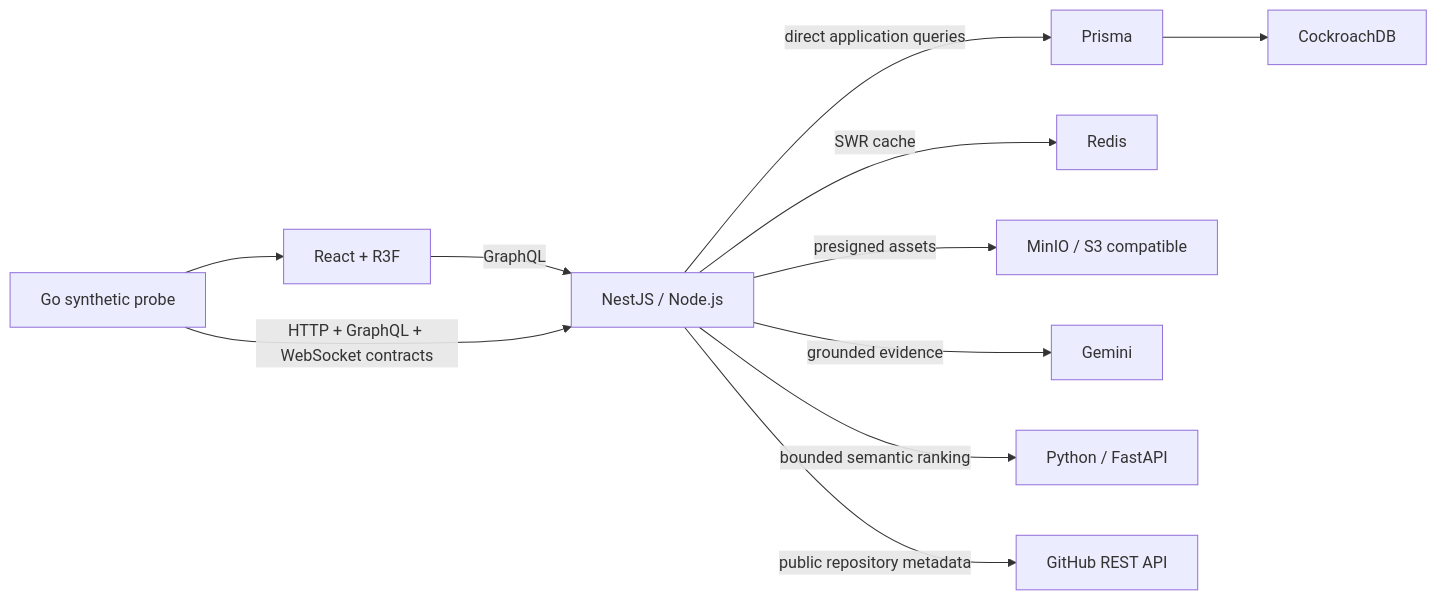
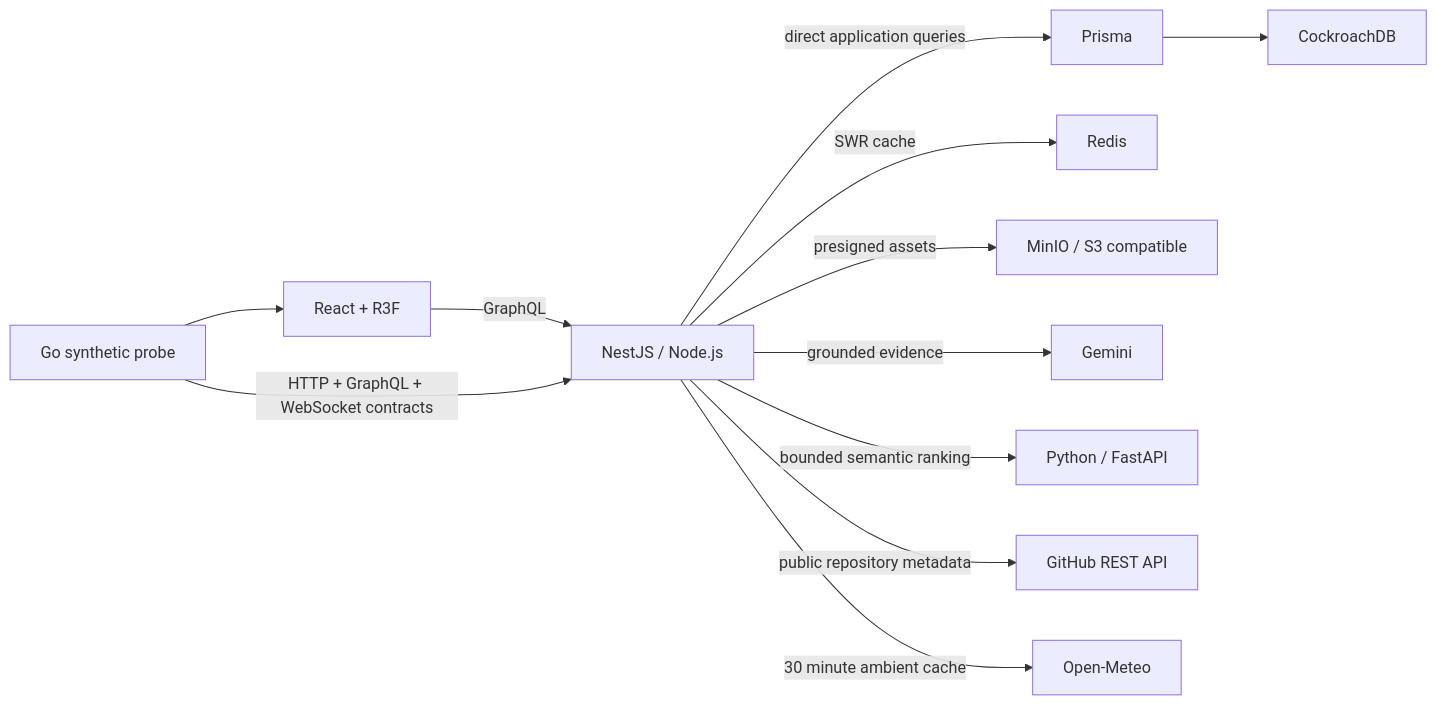
The diagram in docs/architecture/overview.md (Sskutushev/sskutushev-site), drawn with Mermaid before and after one commit. The commit also changed other lines of this file and 13 other files, not shown here.

````diff
--- a/docs/architecture/overview.md
+++ b/docs/architecture/overview.md
@@ -3,13 +3,14 @@
 ```mermaid
 flowchart LR
   Browser[React + R3F] -->|GraphQL| API[NestJS / Node.js]
   API -->|direct application queries| Prisma
   Prisma --> CockroachDB
   API -->|SWR cache| Redis
   API -->|presigned assets| S3[MinIO / S3 compatible]
   API -->|grounded evidence| Gemini
   API -->|bounded semantic ranking| Semantic[Python / FastAPI]
   API -->|public repository metadata| GitHub[GitHub REST API]
+  API -->|30 minute ambient cache| Weather[Open-Meteo]
   Probe[Go synthetic probe] -->|HTTP + GraphQL + WebSocket contracts| API
   Probe --> Browser
 ```
````
